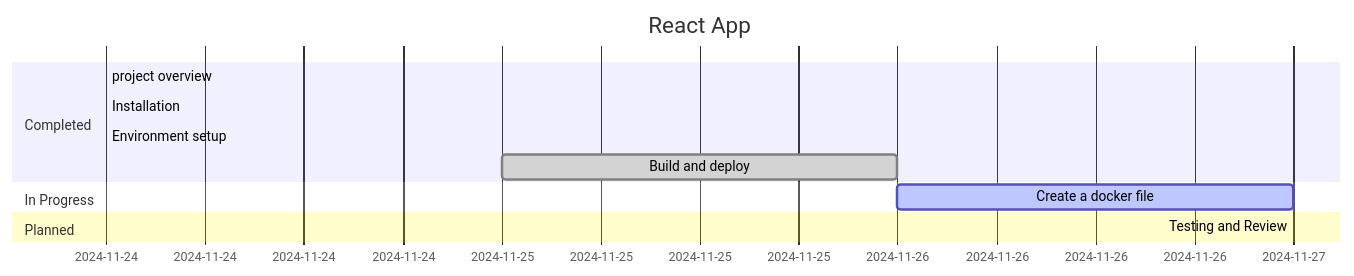
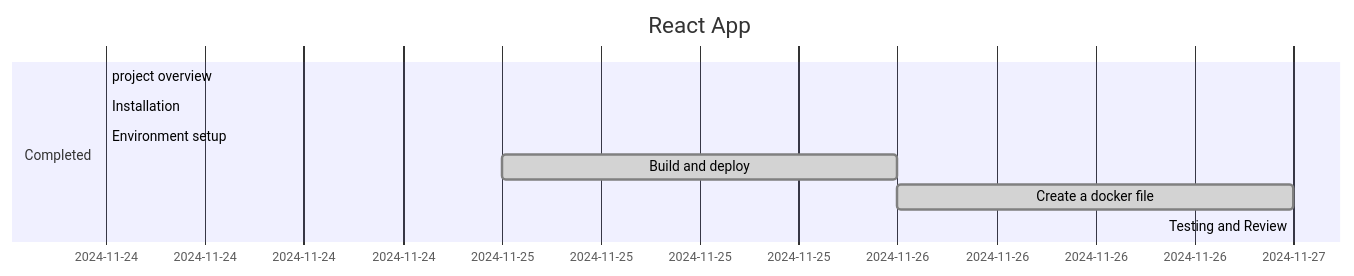
Before and after one commit to Sruthi-22012002/Tomcat: the third of 3 diagrams in 3-tier-application/README.md, drawn with Mermaid.

````diff
--- a/3-tier-application/README.md
+++ b/3-tier-application/README.md
@@ -60,15 +60,12 @@
 ```mermaid
 gantt
     title React App
     dateFormat  MM-DD-YYYY
     section Completed
     project overview   :done, 11-24-2024, 11-24-2024
     Installation       :done, 11-24-2024, 11-24-2024
     Environment setup     :done, 11-24-2024, 11-24-2024
     Build and deploy    : done, 11-25-2024, 11-26-2024
-    section In Progress
-   Create a docker file : active,11-26-2024, 11-27-2024
-    section Planned
-   
-    Testing and Review  : 11-27-2024, 11-27-2024
+   Create a docker file : done,11-26-2024, 11-27-2024
+    Testing and Review  :done,  11-27-2024, 11-27-2024
 ```
````
